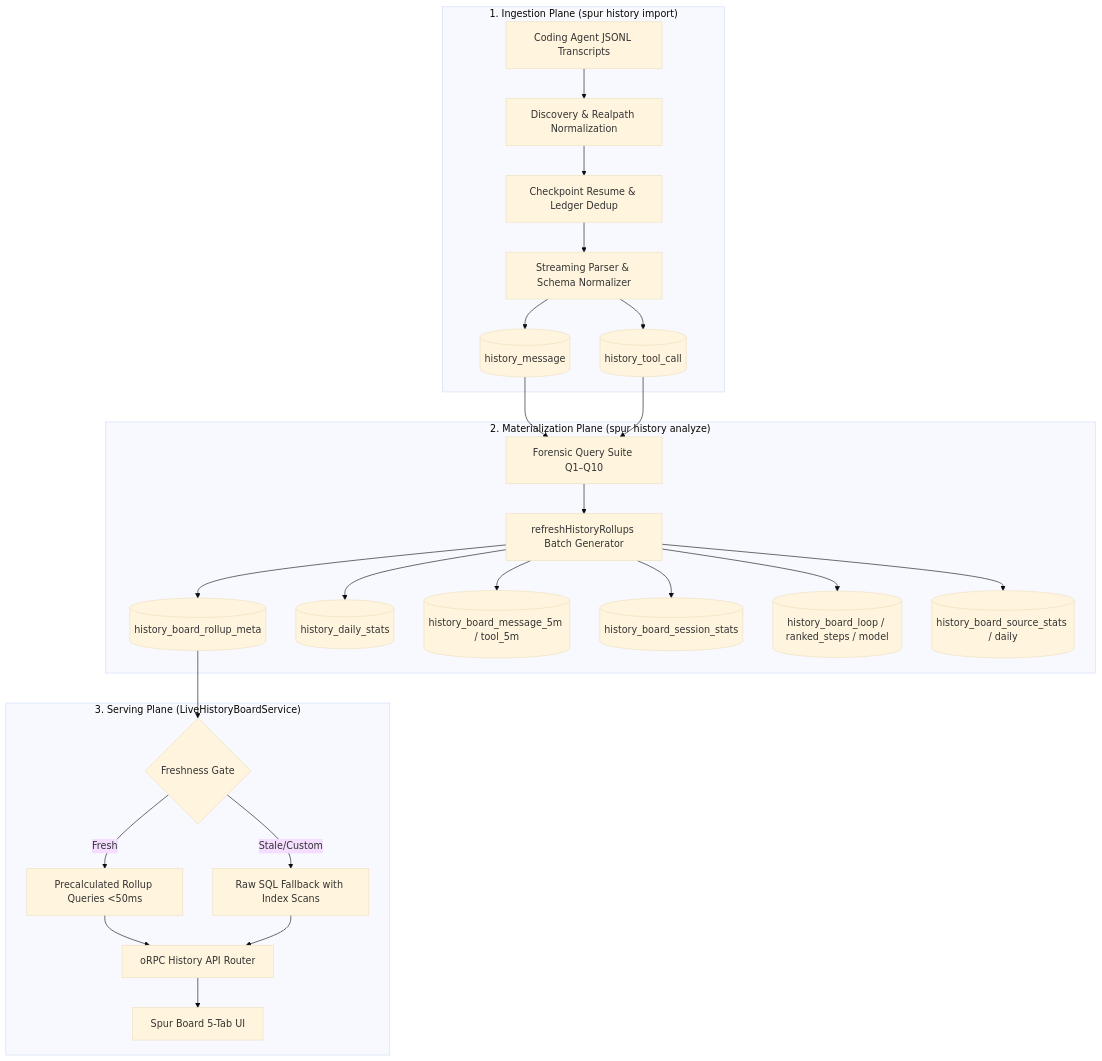
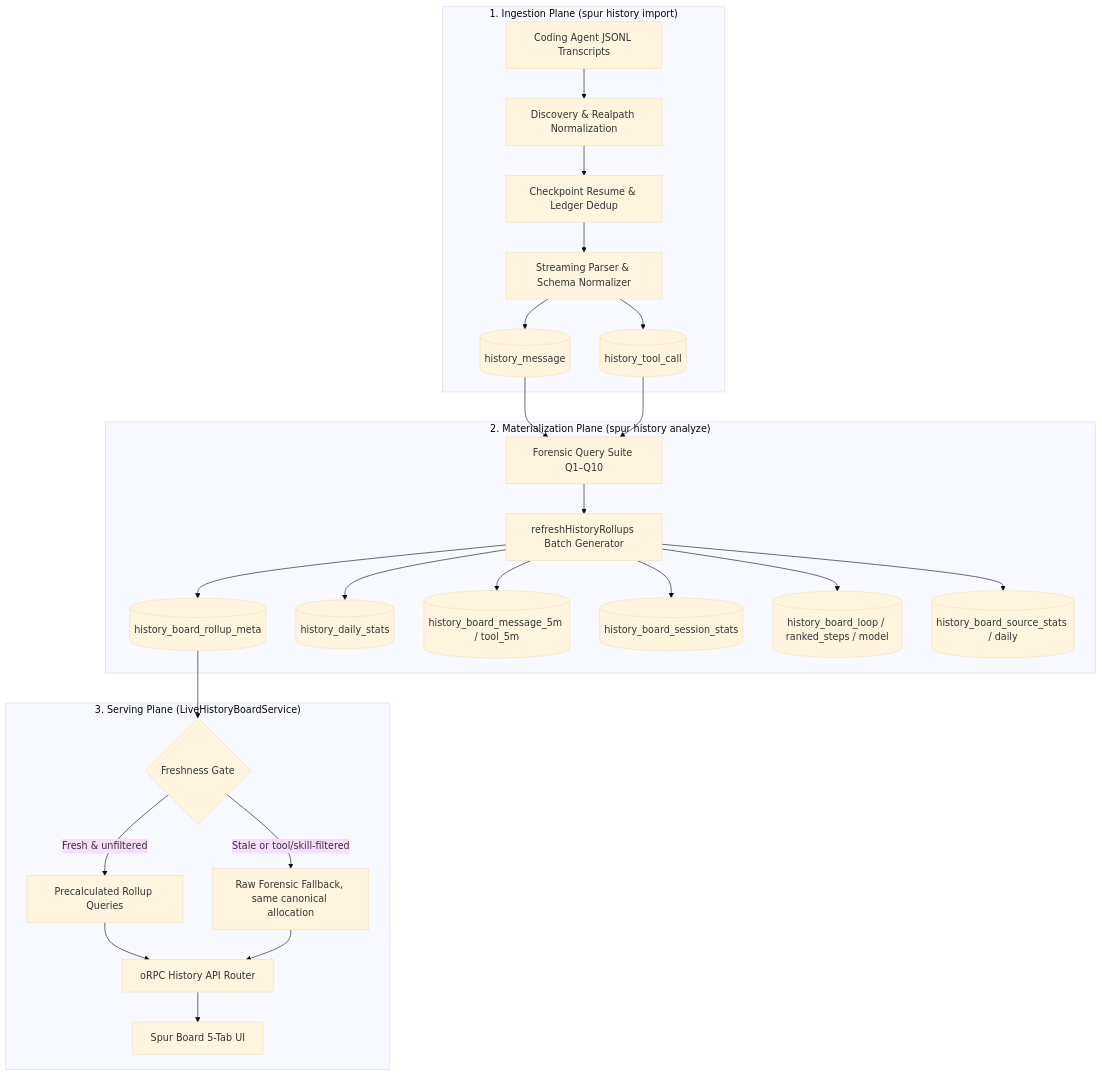
Before and after one commit to gobing-ai/spur: the first of 4 diagrams in docs/design/history-data-processing.md, drawn with Mermaid (base theme). The commit also changed other lines of this file and 8 other files, not shown here.

````diff
--- a/docs/design/history-data-processing.md
+++ b/docs/design/history-data-processing.md
@@ -15,29 +15,29 @@
 ```mermaid
 graph TD
     subgraph Ingestion Plane ["1. Ingestion Plane (spur history import)"]
         F[Coding Agent JSONL Transcripts] --> DISC[Discovery & Realpath Normalization]
         DISC --> CKPT[Checkpoint Resume & Ledger Dedup]
         CKPT --> MAP[Streaming Parser & Schema Normalizer]
         MAP --> RAW_M[(history_message)]
         MAP --> RAW_T[(history_tool_call)]
     end
 
     subgraph Materialization Plane ["2. Materialization Plane (spur history analyze)"]
         RAW_M & RAW_T --> AN[Forensic Query Suite Q1–Q10]
         AN --> RR[refreshHistoryRollups Batch Generator]
         RR --> R_META[(history_board_rollup_meta)]
         RR --> R_STATS[(history_daily_stats)]
         RR --> R_5M[(history_board_message_5m / tool_5m)]
         RR --> R_SESS[(history_board_session_stats)]
         RR --> R_INS[(history_board_loop / ranked_steps / model)]
         RR --> R_SRC[(history_board_source_stats / daily)]
     end
 
     subgraph Serving Plane ["3. Serving Plane (LiveHistoryBoardService)"]
         R_META --> GATE{Freshness Gate}
-        GATE -- Fresh --> FAST[Precalculated Rollup Queries <50ms]
-        GATE -- Stale/Custom --> RAW[Raw SQL Fallback with Index Scans]
+        GATE -- Fresh & unfiltered --> FAST[Precalculated Rollup Queries]
+        GATE -- Stale or tool/skill-filtered --> RAW[Raw Forensic Fallback, same canonical allocation]
         FAST & RAW --> ORPC[oRPC History API Router]
         ORPC --> WEB[Spur Board 5-Tab UI]
     end
 ```
````
